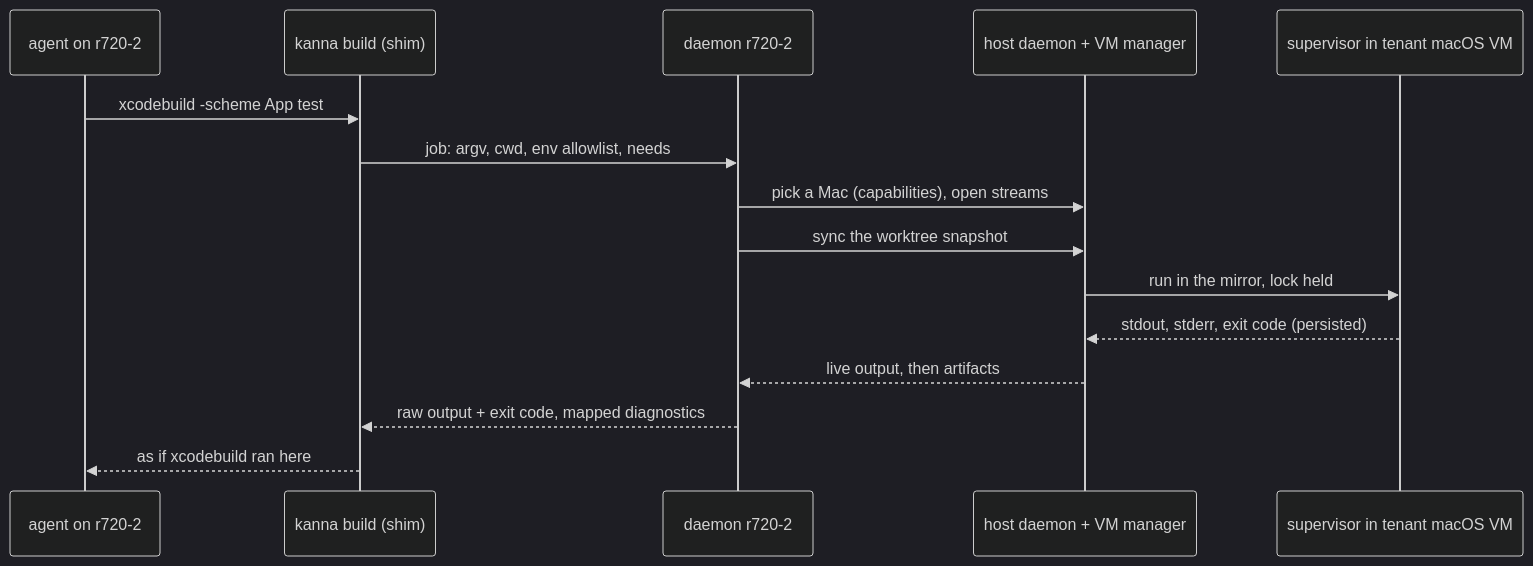
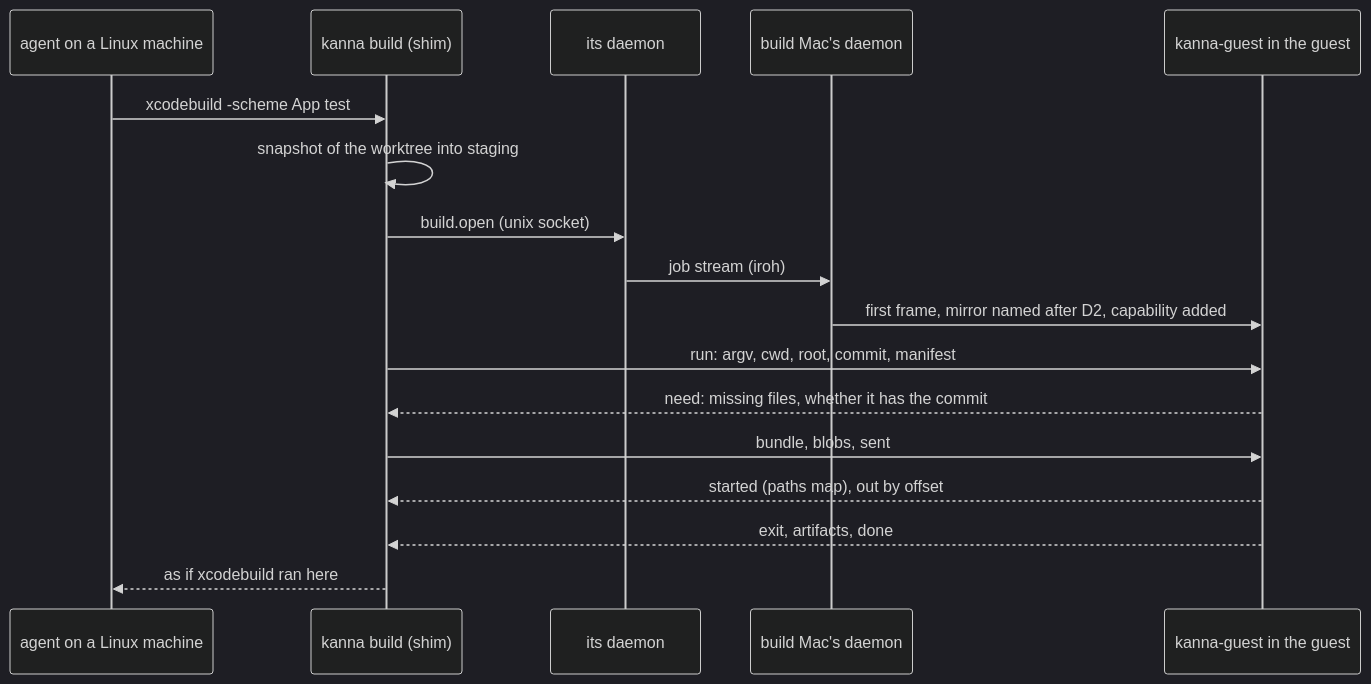
The first of 2 diagrams in docs/specs/build-macs.md (tampopogk/kanna), drawn with Mermaid (dark theme) before and after one commit. The commit also changed other lines of this file and 1 other file, not shown here.

Commit message:
build-macs spec: the first version as built (job stream, frames, the guest's store and mirrors, the intake, guests and egress, interfaces, limits); the build order says it goes ahead for the operator only

````diff
--- a/docs/specs/build-macs.md
+++ b/docs/specs/build-macs.md
@@ -28,17 +32,19 @@
 ```mermaid
 sequenceDiagram
-    participant AG as agent on r720-2
+    participant AG as agent on a Linux machine
     participant K as kanna build (shim)
-    participant D2 as daemon r720-2
-    participant DM as host daemon + VM manager
-    participant S as supervisor in tenant macOS VM
+    participant D2 as its daemon
+    participant DM as build Mac's daemon
+    participant S as kanna-guest in the guest
     AG->>K: xcodebuild -scheme App test
-    K->>D2: job: argv, cwd, env allowlist, needs
-    D2->>DM: pick a Mac (capabilities), open streams
-    D2->>DM: sync the worktree snapshot
-    DM->>S: run in the mirror, lock held
-    S-->>DM: stdout, stderr, exit code (persisted)
-    DM-->>D2: live output, then artifacts
-    D2-->>K: raw output + exit code, mapped diagnostics
+    K->>K: snapshot of the worktree into staging
+    K->>D2: build.open (unix socket)
+    D2->>DM: job stream (iroh)
+    DM->>S: first frame, mirror named after D2, capability added
+    K->>S: run: argv, cwd, root, commit, manifest
+    S-->>K: need: missing files, whether it has the commit
+    K->>S: bundle, blobs, sent
+    S-->>K: started (paths map), out by offset
+    S-->>K: exit, artifacts, done
     K-->>AG: as if xcodebuild ran here
 ```
````
